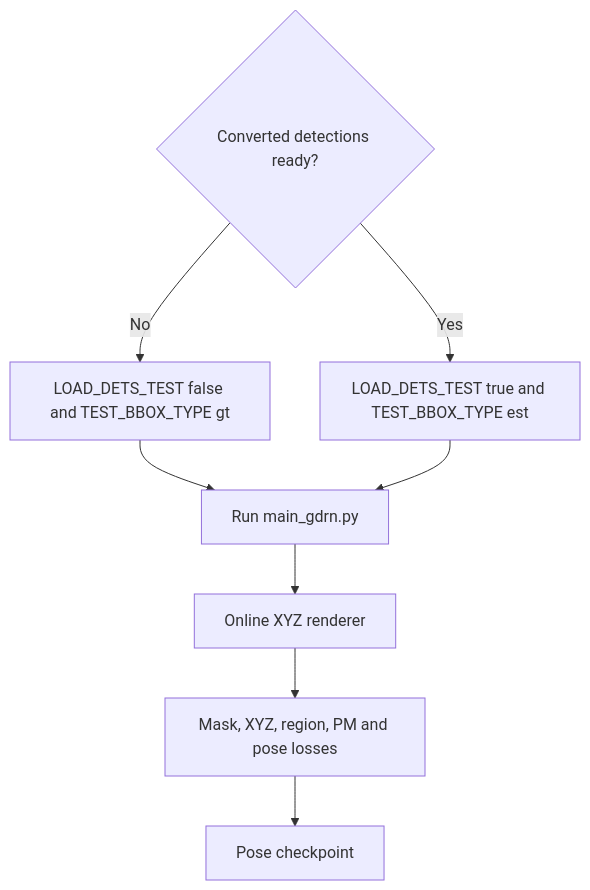
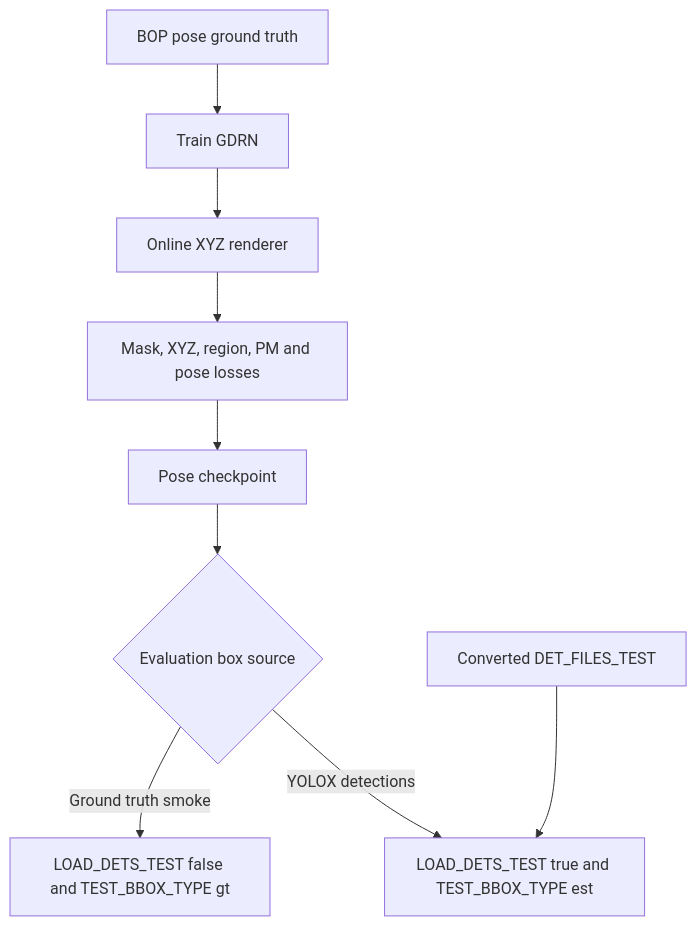
The first of 3 diagrams in docs/06_train_gdrn.md (DH-ai/synthetic-data-yolo-training_and_pose_estimation), drawn with Mermaid before and after one commit. The commit also changed other lines of this file and 4 other files, not shown here.

````diff
--- a/docs/06_train_gdrn.md
+++ b/docs/06_train_gdrn.md
@@ -8,11 +9,11 @@
 ```mermaid
 flowchart TD
-    Ready{Converted detections ready?}
-    Ready -->|No| GT[LOAD_DETS_TEST false and TEST_BBOX_TYPE gt]
-    Ready -->|Yes| Estimated[LOAD_DETS_TEST true and TEST_BBOX_TYPE est]
-    GT --> Train[Run main_gdrn.py]
-    Estimated --> Train
+    BOP[BOP pose ground truth] --> Train[Train GDRN]
     Train --> EGL[Online XYZ renderer]
     EGL --> Losses[Mask, XYZ, region, PM and pose losses]
     Losses --> Checkpoint[Pose checkpoint]
+    Checkpoint --> Evaluate{Evaluation box source}
+    Evaluate -->|Ground truth smoke| GT[LOAD_DETS_TEST false and TEST_BBOX_TYPE gt]
+    Evaluate -->|YOLOX detections| Estimated[LOAD_DETS_TEST true and TEST_BBOX_TYPE est]
+    Det[Converted DET_FILES_TEST] --> Estimated
 ```
````
